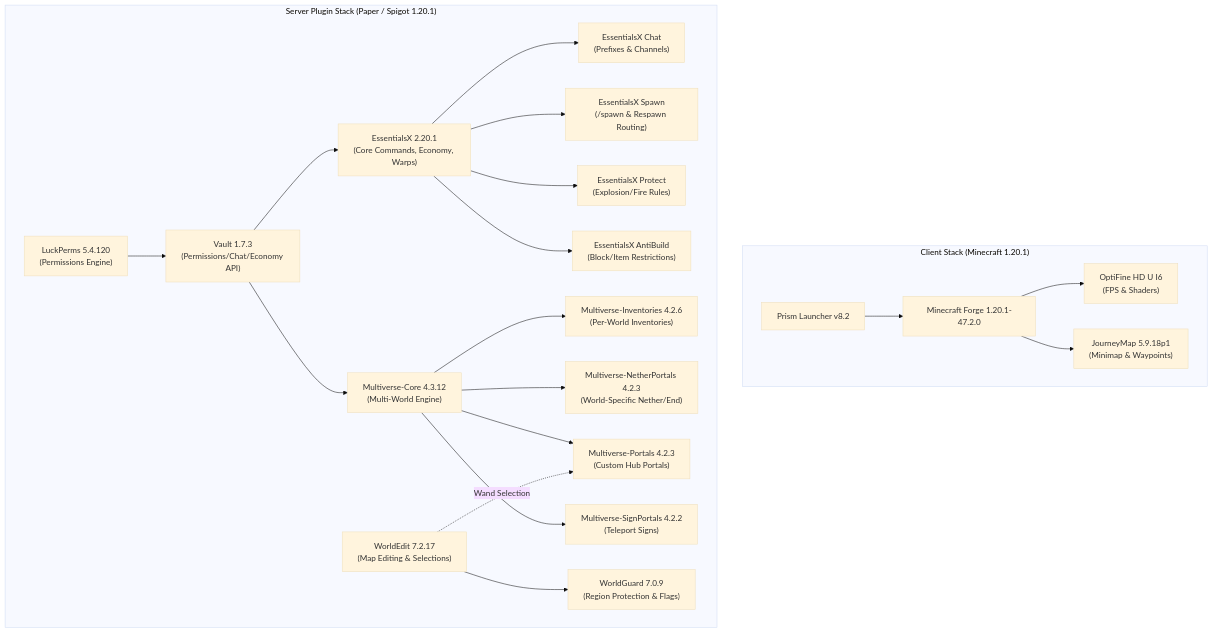
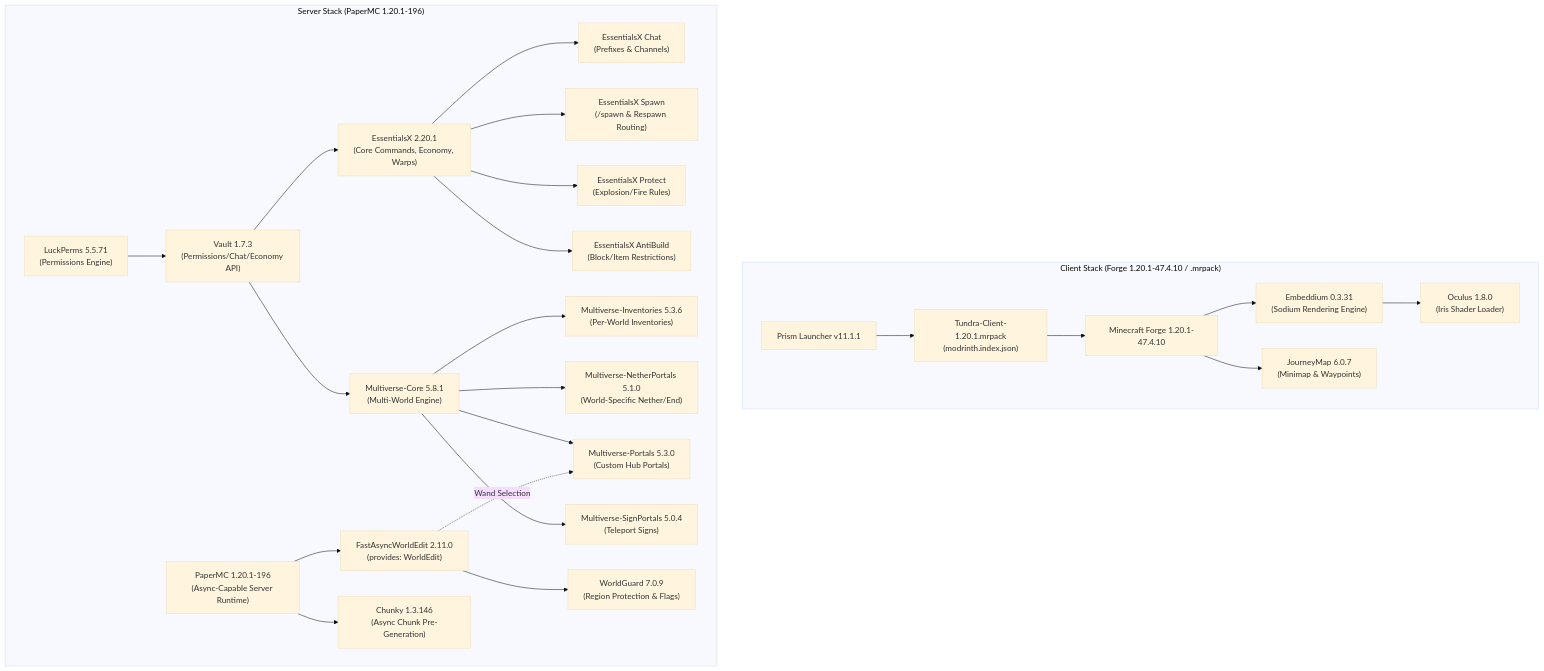
The diagram in README.md (SpanishSyntax/Tundra), drawn with Mermaid (base theme) before and after one commit. The commit also changed other lines of this file and 4 other files, not shown here.

Commit message:
feat: modernize stack (Paper, FAWE, Embeddium/Oculus, Chunky, .mrpack) and add uv-style resolver

````diff
--- a/README.md
+++ b/README.md
@@ -13,27 +13,33 @@
 ```mermaid
 flowchart TD
-    subgraph Client["Client Stack (Minecraft 1.20.1)"]
-        PL["Prism Launcher v8.2"] --> FG["Minecraft Forge 1.20.1-47.2.0"]
-        FG --> OF["OptiFine HD U I6<br/>(FPS & Shaders)"]
-        FG --> JM["JourneyMap 5.9.18p1<br/>(Minimap & Waypoints)"]
+    subgraph Client["Client Stack (Forge 1.20.1-47.4.10 / .mrpack)"]
+        PL["Prism Launcher v11.1.1"] --> MRP["Tundra-Client-1.20.1.mrpack<br/>(modrinth.index.json)"]
+        MRP --> FG["Minecraft Forge 1.20.1-47.4.10"]
+        FG --> EMB["Embeddium 0.3.31<br/>(Sodium Rendering Engine)"]
+        EMB --> OC["Oculus 1.8.0<br/>(Iris Shader Loader)"]
+        FG --> JM["JourneyMap 6.0.7<br/>(Minimap & Waypoints)"]
     end
 
-    subgraph Server["Server Plugin Stack (Paper / Spigot 1.20.1)"]
-        LP["LuckPerms 5.4.120<br/>(Permissions Engine)"] --> V["Vault 1.7.3<br/>(Permissions/Chat/Economy API)"]
-        
+    subgraph Server["Server Stack (PaperMC 1.20.1-196)"]
+        PAPER["PaperMC 1.20.1-196<br/>(Async-Capable Server Runtime)"]
+
+        LP["LuckPerms 5.5.71<br/>(Permissions Engine)"] --> V["Vault 1.7.3<br/>(Permissions/Chat/Economy API)"]
+
         V --> EX["EssentialsX 2.20.1<br/>(Core Commands, Economy, Warps)"]
         EX --> EXC["EssentialsX Chat<br/>(Prefixes & Channels)"]
         EX --> EXS["EssentialsX Spawn<br/>(/spawn & Respawn Routing)"]
         EX --> EXP["EssentialsX Protect<br/>(Explosion/Fire Rules)"]
         EX --> EXA["EssentialsX AntiBuild<br/>(Block/Item Restrictions)"]
 
-        V --> MVC["Multiverse-Core 4.3.12<br/>(Multi-World Engine)"]
-        MVC --> MVI["Multiverse-Inventories 4.2.6<br/>(Per-World Inventories)"]
-        MVC --> MVN["Multiverse-NetherPortals 4.2.3<br/>(World-Specific Nether/End)"]
-        MVC --> MVP["Multiverse-Portals 4.2.3<br/>(Custom Hub Portals)"]
-        MVC --> MVS["Multiverse-SignPortals 4.2.2<br/>(Teleport Signs)"]
+        V --> MVC["Multiverse-Core 5.8.1<br/>(Multi-World Engine)"]
+        MVC --> MVI["Multiverse-Inventories 5.3.6<br/>(Per-World Inventories)"]
+        MVC --> MVN["Multiverse-NetherPortals 5.1.0<br/>(World-Specific Nether/End)"]
+        MVC --> MVP["Multiverse-Portals 5.3.0<br/>(Custom Hub Portals)"]
+        MVC --> MVS["Multiverse-SignPortals 5.0.4<br/>(Teleport Signs)"]
 
-        WE["WorldEdit 7.2.17<br/>(Map Editing & Selections)"] --> WG["WorldGuard 7.0.9<br/>(Region Protection & Flags)"]
-        WE -.->|"Wand Selection"| MVP
+        PAPER --> FAWE["FastAsyncWorldEdit 2.11.0<br/>(provides: WorldEdit)"]
+        PAPER --> CH["Chunky 1.3.146<br/>(Async Chunk Pre-Generation)"]
+        FAWE --> WG["WorldGuard 7.0.9<br/>(Region Protection & Flags)"]
+        FAWE -.->|"Wand Selection"| MVP
     end
 ```
````
